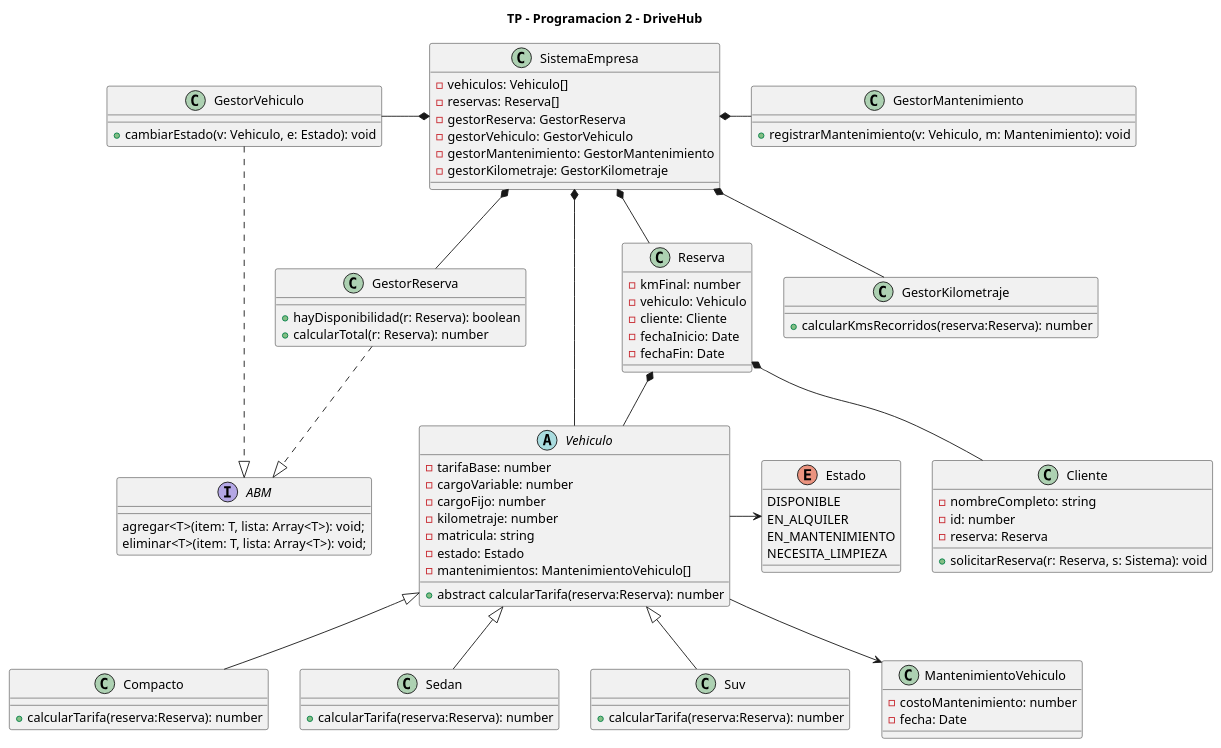
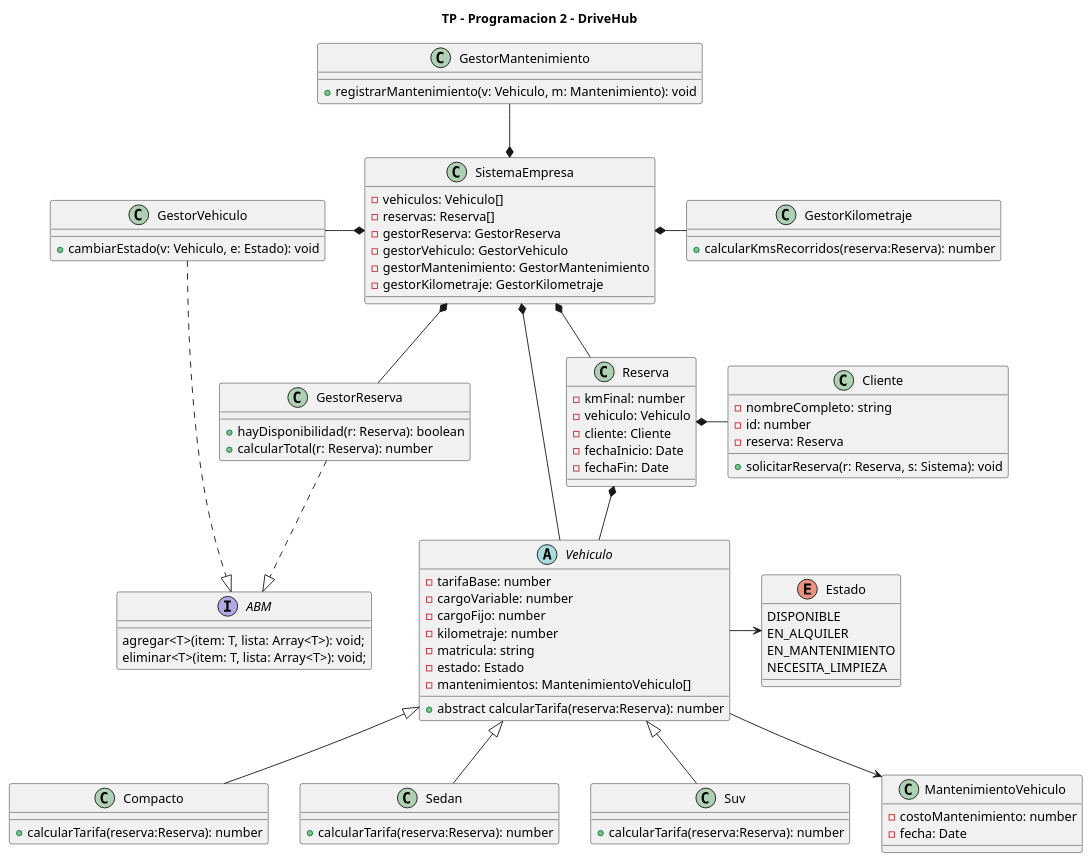
Before and after one commit to LauEroles/TP-Progra2-DriveHub: the diagram in Diagramas/diagramaClases-DriveHub.puml, drawn with PlantUML.

Commit message:
ordenamiento visual del diagrama

```diff
--- a/Diagramas/diagramaClases-DriveHub.puml
+++ b/Diagramas/diagramaClases-DriveHub.puml
@@ -1,141 +1,141 @@
 @startuml DriveHub
 
 title TP - Programacion 2 - DriveHub
 
 
 class SistemaEmpresa {
     - vehiculos: Vehiculo[]
     - reservas: Reserva[]
     - gestorReserva: GestorReserva
     - gestorVehiculo: GestorVehiculo
     - gestorMantenimiento: GestorMantenimiento
     - gestorKilometraje: GestorKilometraje
 }
 
 class Reserva {
     - kmFinal: number
     - vehiculo: Vehiculo
     - cliente: Cliente
     - fechaInicio: Date
     - fechaFin: Date
 }
 
 class Cliente {
     - nombreCompleto: string
     - id: number
     'El cliente puede instanciarse sin reserva por parametro, 
     'podemos setearla luego cuando se le asigna la reserva
     - reserva: Reserva
     + solicitarReserva(r: Reserva, s: Sistema): void  
 }
 
 'Herencia Vehiculo a sus clases hijas
 abstract class Vehiculo {
     - tarifaBase: number
     'Podria haber una clase cargo que nos permita manejar de manera
     'abstracta los cargos y luego en vehiculo tener una lista de cargos
     'que pueden ser variables o fijos y el dia de mañana 
     'para flexibilizar mas la solucion si se agregan nuevos vehiculos??
     - cargoVariable: number
     - cargoFijo: number
     - kilometraje: number
     - matricula: string
     - estado: Estado
     - mantenimientos: MantenimientoVehiculo[]
     + abstract calcularTarifa(reserva:Reserva): number
 }
 
 class Compacto {
     + calcularTarifa(reserva:Reserva): number
 }
 
 class Sedan {
     + calcularTarifa(reserva:Reserva): number
 }
 
 class Suv {
     + calcularTarifa(reserva:Reserva): number
 }
 
 'Atributo de vehiculo
 enum Estado {
     DISPONIBLE
     EN_ALQUILER
     EN_MANTENIMIENTO
     NECESITA_LIMPIEZA
 }
 
 'Atributo del vehiculo
 class MantenimientoVehiculo {
     - costoMantenimiento: number
     - fecha: Date
 }
 
 
 class GestorVehiculo {
     + cambiarEstado(v: Vehiculo, e: Estado): void  
     ' Le cambia el Estado (enum) a un vehiculo (a traves de su setter)
 }
 
 
 class GestorReserva {
     + hayDisponibilidad(r: Reserva): boolean  
     ' Valida la disponibilidad del vehículo para las fechas solicitadas
     + calcularTotal(r: Reserva): number  
     ' Podriamos calcular el total usando calcularCostoVariable() del vehiculo y sumar la tarifa base 
     ' (y costo fijo) aca, para que el vehiculo solo calcule su costo variable y no el total de la reserva
 }
 
 
 class GestorKilometraje {
     + calcularKmsRecorridos(reserva:Reserva): number  
     ' Calcula los kms recorridos en una reserva (kmFinal - kmInicial)
     ' Esto lo sacaría tal vez y haría que Reserva tenga un método kmsRecorridos() que los calcule
     ' ya que ella misma posee kmInicial y kmFinal (seteado despues), y que calcularTotal() en GestionReserva llame a ese método
 }
 
 
 class GestorMantenimiento {
     + registrarMantenimiento(v: Vehiculo, m: Mantenimiento): void  
     ' Si mas adelante nos solicita podemos ver si el auto requiere o no mantenimiento
     ' Le agrega un mantenimiento a un vehiculo
     ' Vehiculo podría tener un array de mantenimentos (tipo Mantenimiento) para tener registrados todos los que se le hacen
     ' Objeto mantenimento tiene fecha y costo (simil estructura de datos)
 }
 
 interface ABM {
     agregar<T>(item: T, lista: Array<T>): void;
     eliminar<T>(item: T, lista: Array<T>): void;
 }
 
 
 
 'Relaciones:
 
 'Herencia
 Vehiculo <|-- Sedan
 Vehiculo <|-- Suv
 Vehiculo <|-- Compacto
 
 'Atributos de vehiculo
 Vehiculo --> MantenimientoVehiculo
 Vehiculo -r-> Estado
 
 'Composición
-Reserva *-- Cliente
+Reserva *-r- Cliente
 Reserva *-- Vehiculo
 SistemaEmpresa *-- Vehiculo
 SistemaEmpresa *-- Reserva
 
 SistemaEmpresa *-- GestorReserva
-SistemaEmpresa *-- GestorKilometraje
-SistemaEmpresa *-r- GestorMantenimiento
+SistemaEmpresa *-r- GestorKilometraje
+SistemaEmpresa *-u- GestorMantenimiento
 SistemaEmpresa *-l- GestorVehiculo
 
 
 'Implementacion interfaces:
 ABM <|.u. GestorReserva
 ABM <|.u. GestorVehiculo
 
 
 @enduml
```
